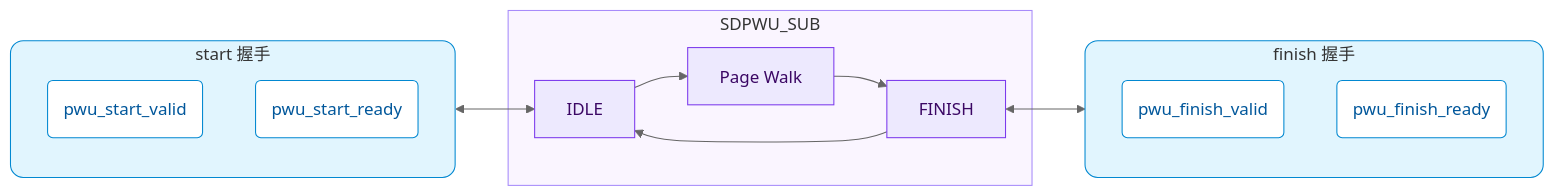
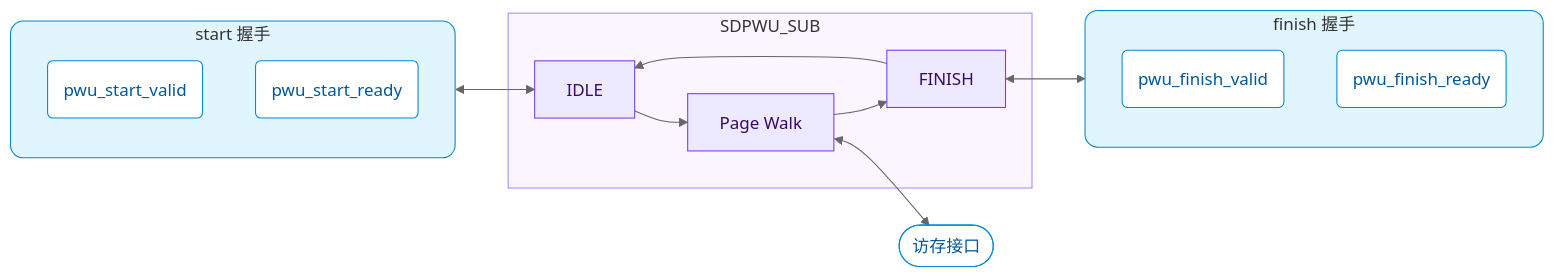
Before and after one commit to DuBirdFly/C1_SDecoder: the fourth of 7 diagrams in doc/design_plan/SDecoder 设计方案 v1.0.md, drawn with Mermaid (neutral theme). The commit also changed other lines of this file, not shown here.

Commit message:
docs(design): 补充 SDPWU 顶层状态机图, Page Walk 接出访存接口 - 新增 SDPWU 顶层状态机图: IDLE (标蓝) 及弹出条目, 请求 PWU, 响应, 回填 SDTLB, 检查 SDMQ 各状态 - 删除 ALL_PWU_BUSY, IDLE 弹出条件改为 "存在可以 PageWalk 的条目, 且存在空闲的 PWU" - 补充 IDLE 转出优先级列表, 以及 SDMQ_POP_PW_ITEM / PWU_REQ 各维持 1 拍的说明 - SDPWU_SUB 接口图给 Page Walk 状态补上到访存接口的双向连线

````diff
--- a/doc/design_plan/SDecoder 设计方案 v1.0.md
+++ b/doc/design_plan/SDecoder 设计方案 v1.0.md
@@ -311,26 +341,27 @@
 ```mermaid
 flowchart LR
     subgraph SUB["SDPWU_SUB"]
         IDLE["IDLE"] --> WALK["Page Walk"] --> FINISH["FINISH"]
         FINISH --> IDLE
     end
     subgraph HS_START["start 握手"]
         direction TB
         S_VALID("pwu_start_valid")
         S_READY("pwu_start_ready")
     end
     subgraph HS_FINISH["finish 握手"]
         direction TB
         F_VALID("pwu_finish_valid")
         F_READY("pwu_finish_ready")
     end
     HS_START <--> IDLE
     FINISH <--> HS_FINISH
+    WALK <--> TW(["访存接口"])
     classDef iface fill:#ffffff,stroke:#0288d1,color:#01579b
     classDef state fill:#ede9fe,stroke:#7c3aed,color:#3b0764
-    class S_VALID,S_READY,F_VALID,F_READY iface
+    class S_VALID,S_READY,F_VALID,F_READY,TW iface
     class IDLE,WALK,FINISH state
     style SUB fill:#faf5ff,stroke:#a78bfa
     style HS_START fill:#e1f5fe,stroke:#0288d1,rx:12px
     style HS_FINISH fill:#e1f5fe,stroke:#0288d1,rx:12px
 ```
````
